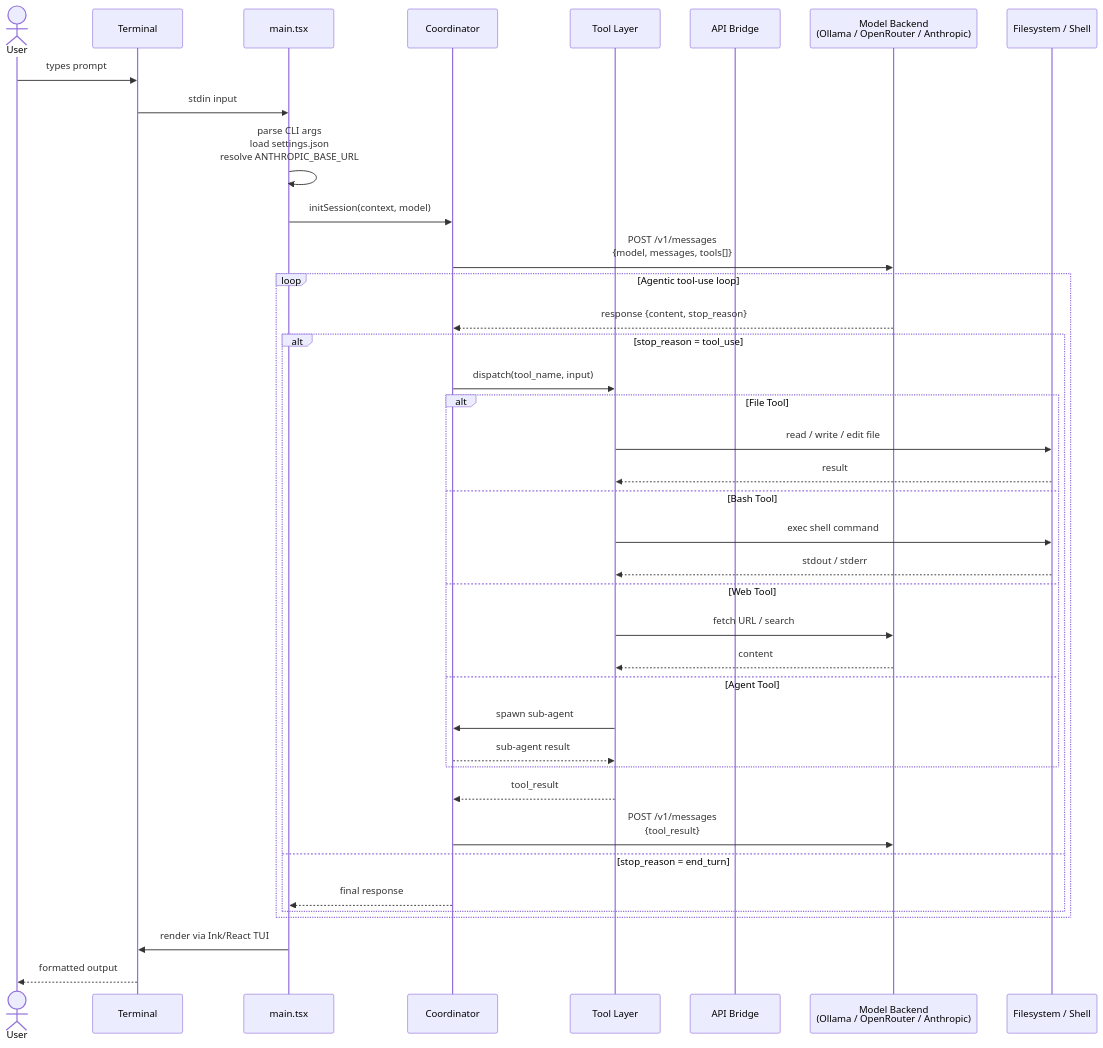
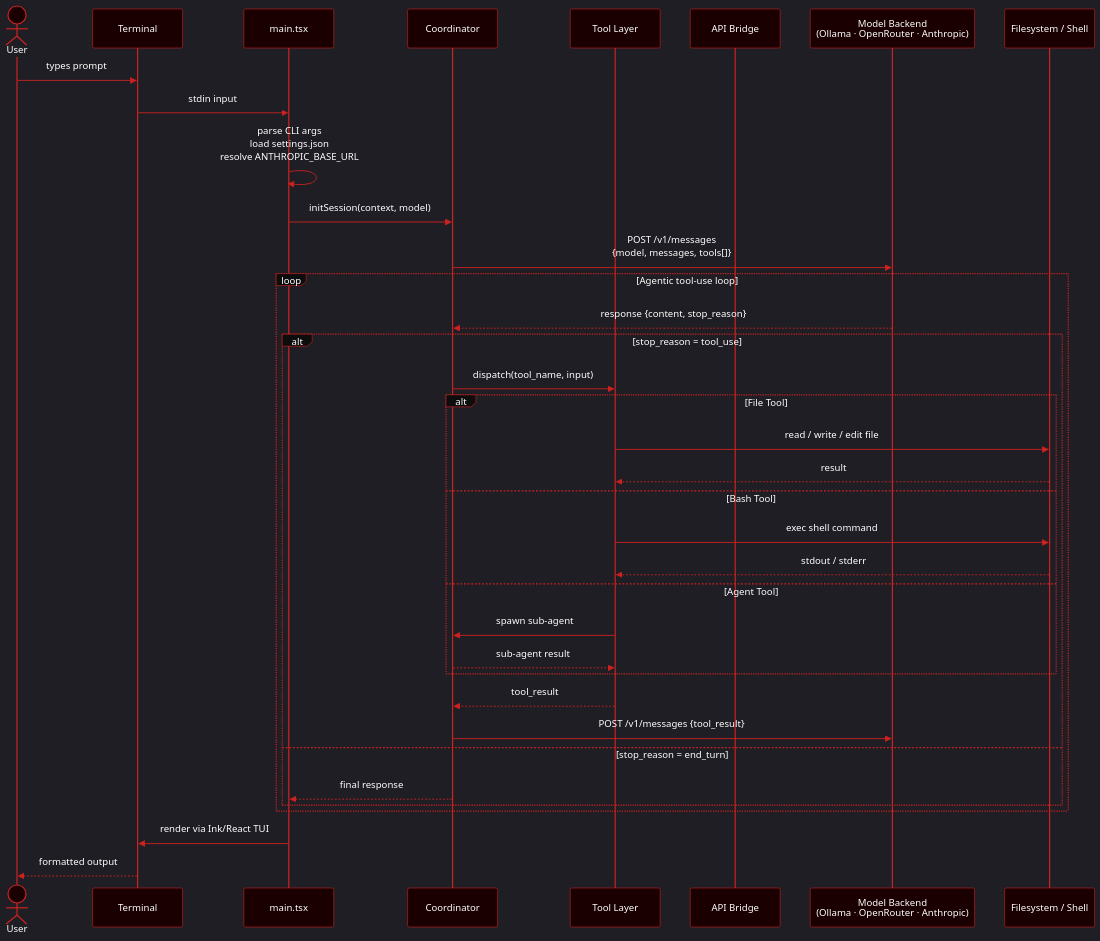
One commit to lily0ng/claude-code changed the second of 5 diagrams in README.md. Above: the diagram before and after it, drawn with Mermaid. The commit also changed other lines of this file and 1 other file, not shown here.

First line of the commit message:
docs: add logo SVG, colored diagrams, contributors & collaborators

````diff
--- a/README.md
+++ b/README.md
@@ -104,45 +113,68 @@
 ```mermaid
+%%{init: {
+  'theme': 'dark',
+  'themeVariables': {
+    'primaryColor': '#1a0000',
+    'primaryTextColor': '#ffffff',
+    'primaryBorderColor': '#cc2222',
+    'lineColor': '#cc2222',
+    'secondaryColor': '#110000',
+    'actorBkg': '#1a0000',
+    'actorBorder': '#cc2222',
+    'actorTextColor': '#ffffff',
+    'actorLineColor': '#cc2222',
+    'signalColor': '#cc2222',
+    'signalTextColor': '#ffffff',
+    'labelBoxBkgColor': '#0d0d0d',
+    'labelBoxBorderColor': '#cc2222',
+    'labelTextColor': '#ffffff',
+    'loopTextColor': '#ffffff',
+    'noteBorderColor': '#cc2222',
+    'noteBkgColor': '#1a0000',
+    'noteTextColor': '#ffffff',
+    'activationBorderColor': '#ff2222',
+    'activationBkgColor': '#330000',
+    'sequenceNumberColor': '#ffffff'
+  }
+}}%%
 sequenceDiagram
     actor User
     participant Term as Terminal
     participant Main as main.tsx
     participant Coord as Coordinator
     participant Tools as Tool Layer
     participant Bridge as API Bridge
-    participant Backend as Model Backend<br/>(Ollama / OpenRouter / Anthropic)
+    participant Backend as Model Backend<br/>(Ollama · OpenRouter · Anthropic)
     participant FS as Filesystem / Shell
 
     User->>Term: types prompt
     Term->>Main: stdin input
     Main->>Main: parse CLI args<br/>load settings.json<br/>resolve ANTHROPIC_BASE_URL
 
     Main->>Coord: initSession(context, model)
     Coord->>Backend: POST /v1/messages<br/>{model, messages, tools[]}
 
     loop Agentic tool-use loop
         Backend-->>Coord: response {content, stop_reason}
         alt stop_reason = tool_use
             Coord->>Tools: dispatch(tool_name, input)
             alt File Tool
                 Tools->>FS: read / write / edit file
                 FS-->>Tools: result
             else Bash Tool
                 Tools->>FS: exec shell command
                 FS-->>Tools: stdout / stderr
-            else Web Tool
-                Tools->>Backend: fetch URL / search
-                Backend-->>Tools: content
             else Agent Tool
                 Tools->>Coord: spawn sub-agent
                 Coord-->>Tools: sub-agent result
             end
             Tools-->>Coord: tool_result
-            Coord->>Backend: POST /v1/messages<br/>{tool_result}
+            Coord->>Backend: POST /v1/messages {tool_result}
         else stop_reason = end_turn
             Coord-->>Main: final response
         end
     end
 
     Main->>Term: render via Ink/React TUI
     Term-->>User: formatted output
 ```
````
